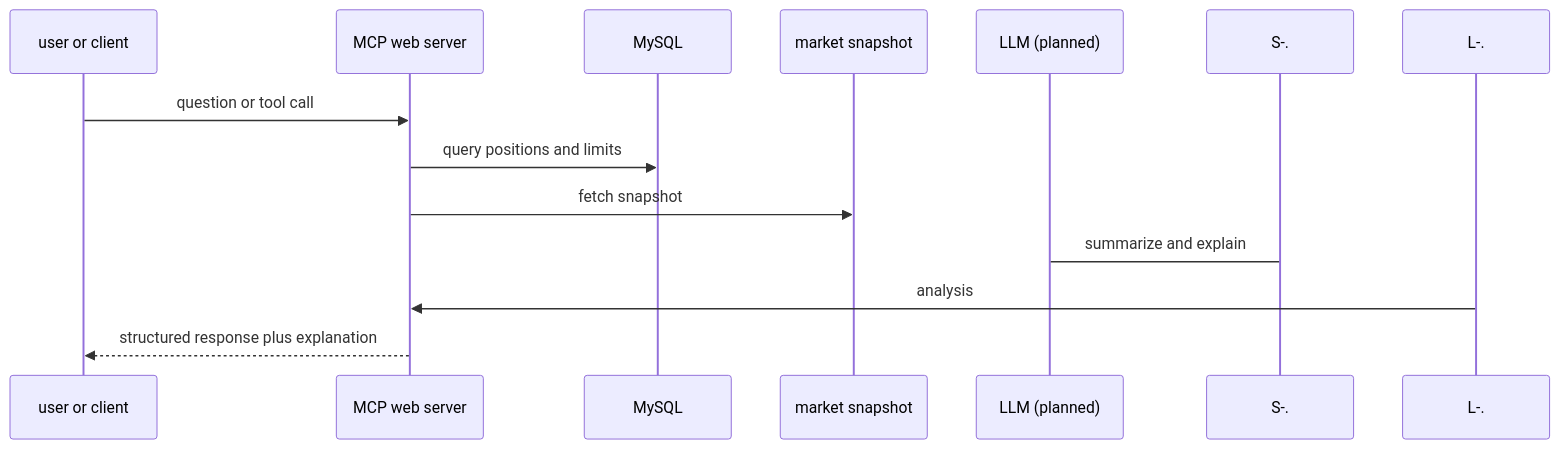
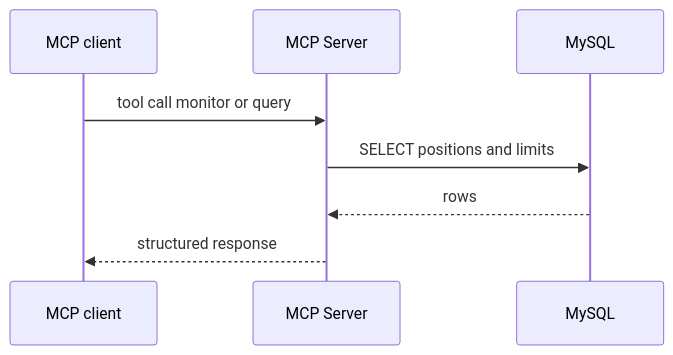
The second of 3 diagrams in docs/ARCHITECTURE.md (Zheng-Chuan/RiskMonitor-MultiAgent), drawn with Mermaid before and after one commit. The commit also changed other lines of this file and 18 other files, not shown here.

````diff
--- a/docs/ARCHITECTURE.md
+++ b/docs/ARCHITECTURE.md
@@ -122,15 +80,10 @@
 ```mermaid
 sequenceDiagram
-  participant U as user or client
-  participant S as MCP web server
+  participant C as MCP client
+  participant S as MCP Server
   participant DB as MySQL
-  participant MS as market snapshot
-  participant L as LLM (planned)
-
-  U->>S: question or tool call
-  S->>DB: query positions and limits
-  S->>MS: fetch snapshot
-  S-.->L: summarize and explain
-  L-.->>S: analysis
-  S-->>U: structured response plus explanation
+  C->>S: tool call monitor or query
+  S->>DB: SELECT positions and limits
+  DB-->>S: rows
+  S-->>C: structured response
 ```
````
